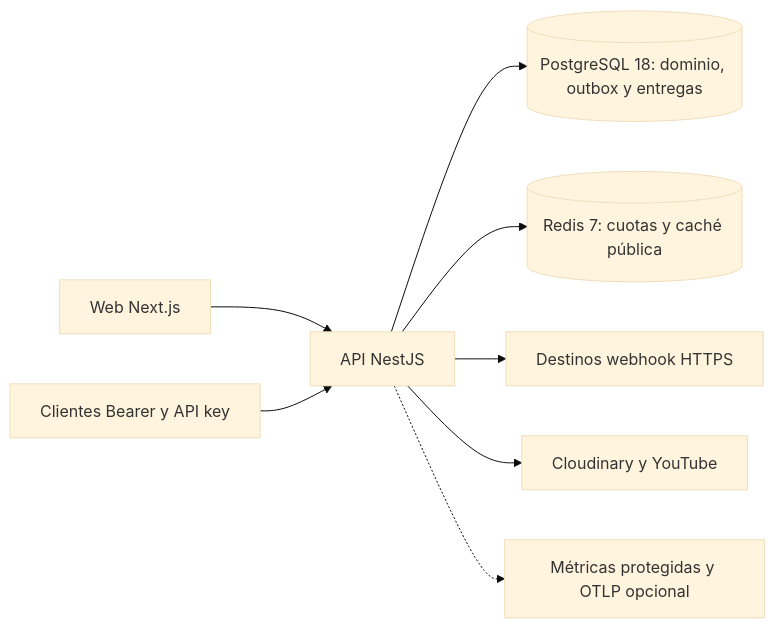
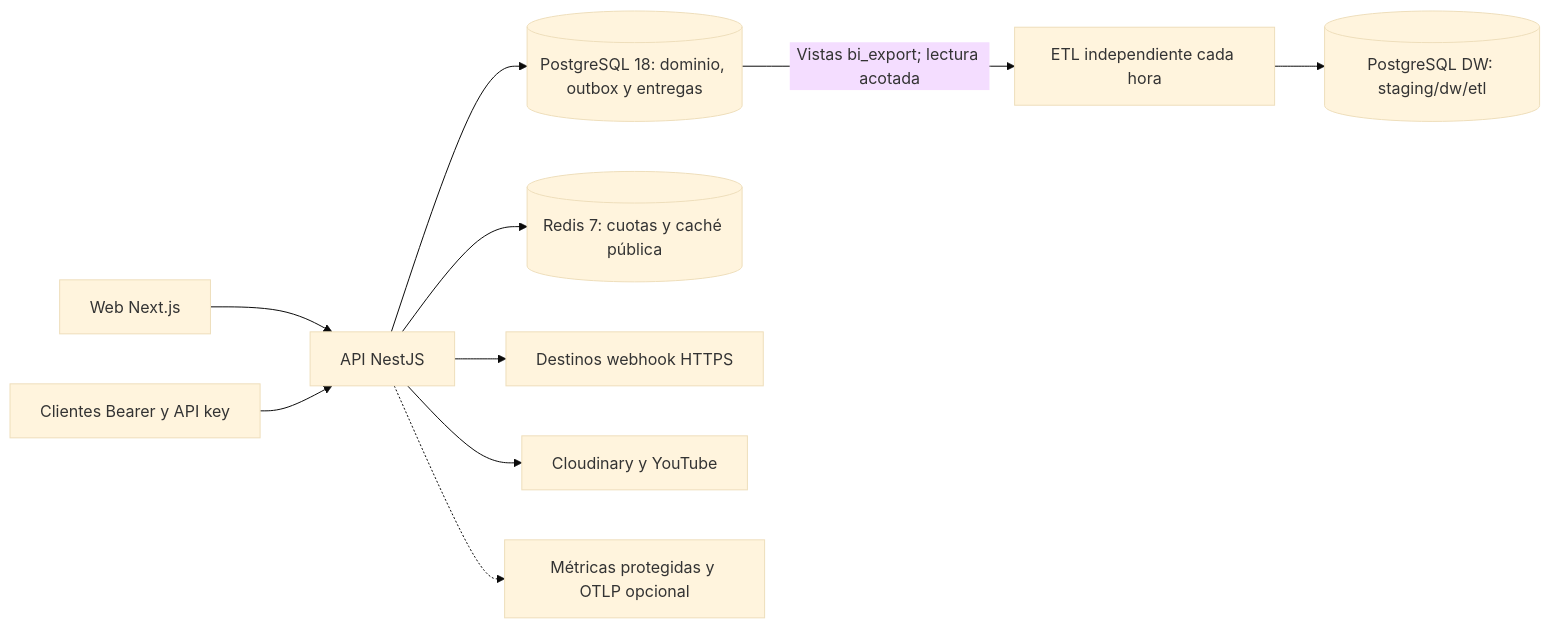
Before and after one commit to No-Country-simulation/S03-26-Equipo-10-Web-App-Development: the second of 4 diagrams in docs/technical/01_architecture.md, drawn with Mermaid (base theme). The commit also changed other lines of this file and 28 other files, not shown here.

````diff
--- a/docs/technical/01_architecture.md
+++ b/docs/technical/01_architecture.md
@@ -105,10 +105,12 @@
 ```mermaid
 flowchart LR
     W[Web Next.js] --> A[API NestJS]
     C[Clientes Bearer y API key] --> A
     A --> P[(PostgreSQL 18: dominio, outbox y entregas)]
     A --> R[(Redis 7: cuotas y caché pública)]
     A --> H[Destinos webhook HTTPS]
     A --> X[Cloudinary y YouTube]
     A -.-> O[Métricas protegidas y OTLP opcional]
+    P -->|Vistas bi_export; lectura acotada| E[ETL independiente cada hora]
+    E --> D[(PostgreSQL DW: staging/dw/etl)]
 ```
````
